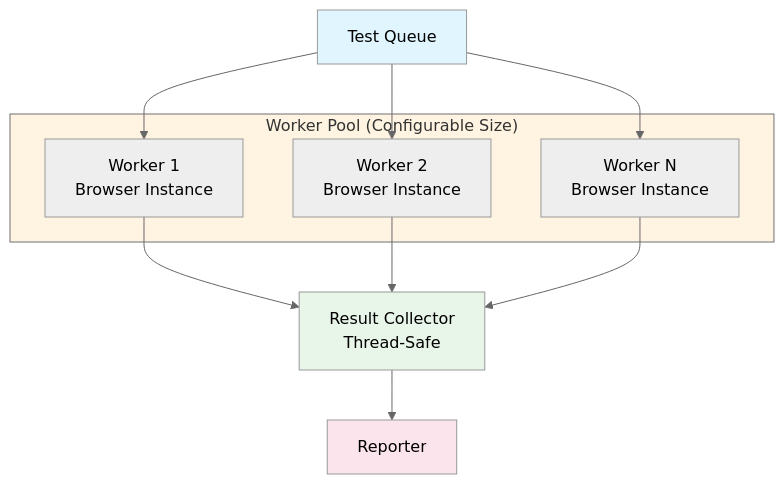
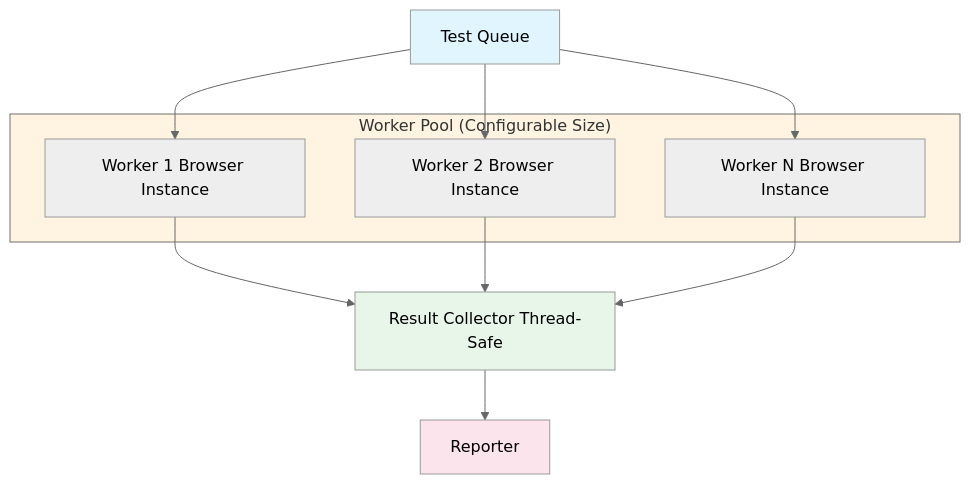
One commit to softwarewrighter/ui-test-rs changed the ninth of 14 diagrams in wiki/Architecture.md. Above: the diagram before and after it, drawn with Mermaid (neutral theme). The commit also changed other lines of this file and 10 other files, not shown here.

First line of the commit message:
Fix wiki Mermaid diagrams: remove <br/> tags

````diff
--- a/wiki/Architecture.md
+++ b/wiki/Architecture.md
@@ -311,28 +311,28 @@
 ```mermaid
 flowchart TB
     Queue[Test Queue]
 
     subgraph Workers["Worker Pool (Configurable Size)"]
-        W1[Worker 1<br/>Browser Instance]
-        W2[Worker 2<br/>Browser Instance]
-        W3[Worker N<br/>Browser Instance]
+        W1[Worker 1 Browser Instance]
+        W2[Worker 2 Browser Instance]
+        W3[Worker N Browser Instance]
     end
 
-    Collector[Result Collector<br/>Thread-Safe]
+    Collector[Result Collector Thread-Safe]
     Reporter[Reporter]
 
     Queue --> W1
     Queue --> W2
     Queue --> W3
 
     W1 --> Collector
     W2 --> Collector
     W3 --> Collector
 
     Collector --> Reporter
 
     style Queue fill:#e1f5ff
     style Workers fill:#fff4e1
     style Collector fill:#e8f5e9
     style Reporter fill:#fce4ec
 ```
````
